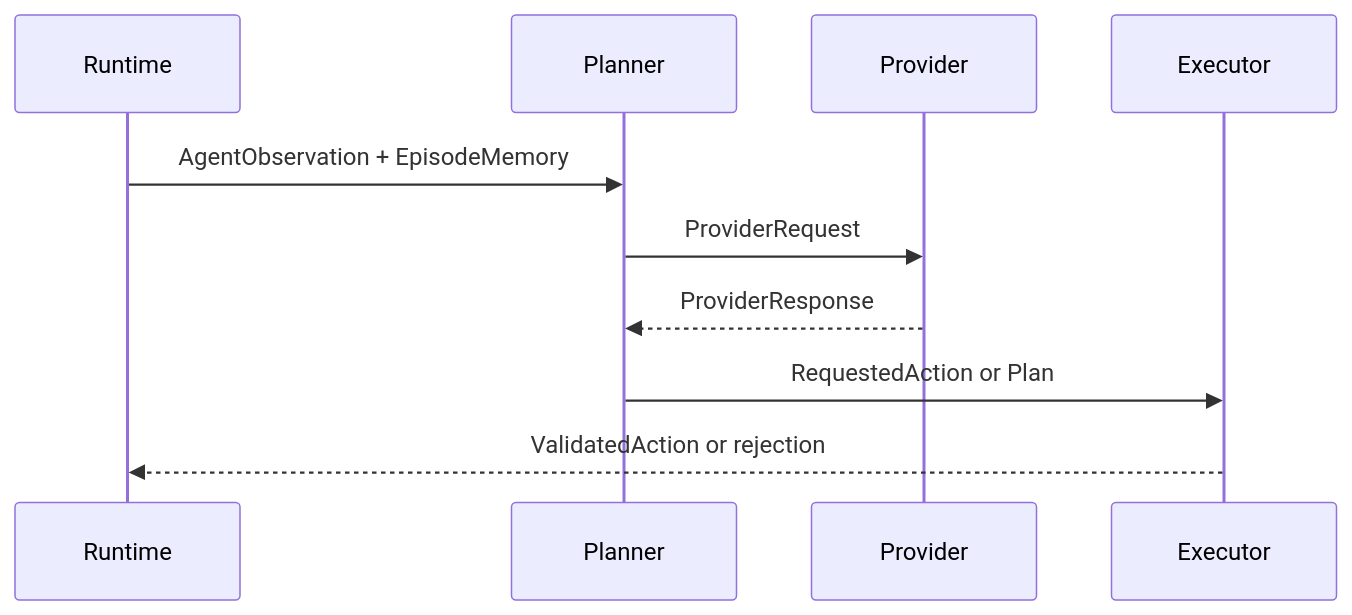
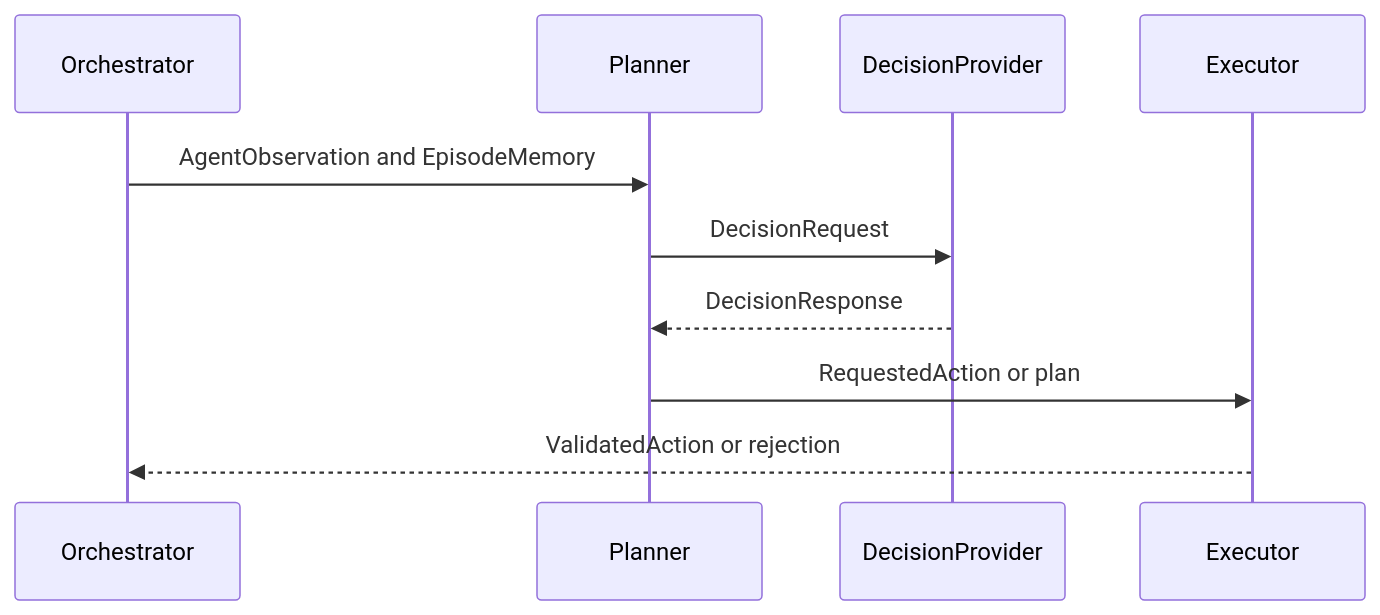
The diagram in docs/provider-interface.md (Vectology-cloud-team/namma-rogue-agent), drawn with Mermaid before and after one commit. The commit also changed other lines of this file and 11 other files, not shown here.

````diff
--- a/docs/provider-interface.md
+++ b/docs/provider-interface.md
@@ -37,13 +42,13 @@
 ```mermaid
 sequenceDiagram
-    participant Runtime
+    participant Orchestrator
     participant Planner
-    participant Provider
+    participant DecisionProvider
     participant Executor
 
-    Runtime->>Planner: AgentObservation + EpisodeMemory
-    Planner->>Provider: ProviderRequest
-    Provider-->>Planner: ProviderResponse
-    Planner->>Executor: RequestedAction or Plan
-    Executor-->>Runtime: ValidatedAction or rejection
+    Orchestrator->>Planner: AgentObservation and EpisodeMemory
+    Planner->>DecisionProvider: DecisionRequest
+    DecisionProvider-->>Planner: DecisionResponse
+    Planner->>Executor: RequestedAction or plan
+    Executor-->>Orchestrator: ValidatedAction or rejection
 ```
````
